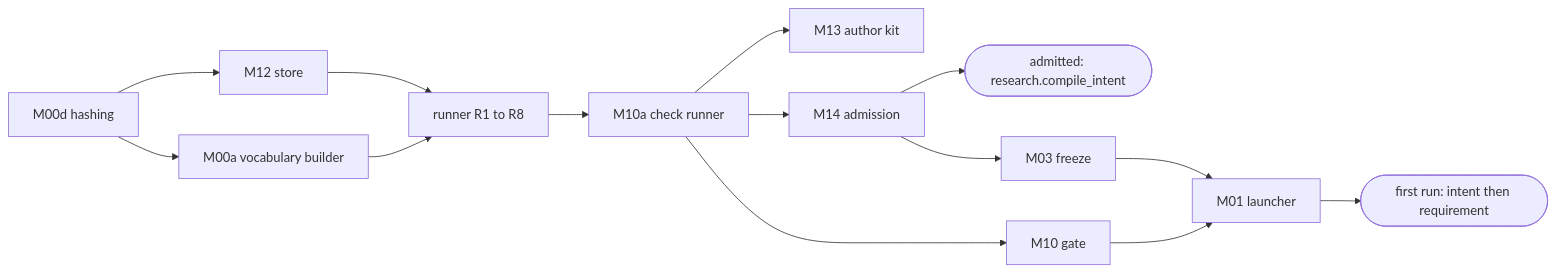
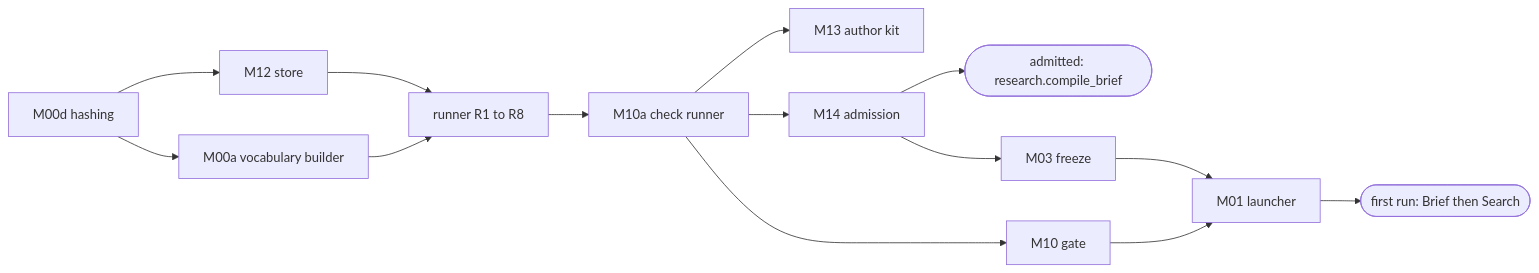
The second of 2 diagrams in docs/architecture/capsule/toolchain.md (Stellven/jiuwenswarm), drawn with Mermaid before and after one commit. The commit also changed other lines of this file and 192 other files, not shown here.

Commit message:
docs: freeze M1 sources and complete Docker architecture handoff

````diff
--- a/docs/architecture/capsule/toolchain.md
+++ b/docs/architecture/capsule/toolchain.md
@@ -269,16 +269,16 @@
 ```mermaid
 flowchart LR
     H["M00d hashing"] --> ST["M12 store"]
     H --> VB["M00a vocabulary builder"]
     ST --> RUN["runner R1 to R8"]
     VB --> RUN
     RUN --> CR["M10a check runner"]
     CR --> KIT["M13 author kit"]
     CR --> ADM["M14 admission"]
-    ADM --> T1(["admitted: research.compile_intent"])
+    ADM --> T1(["admitted: research.compile_brief"])
     ADM --> FRZ["M03 freeze"]
     CR --> GT["M10 gate"]
     FRZ --> LN["M01 launcher"]
     GT --> LN
-    LN --> T2(["first run: intent then requirement"])
+    LN --> T2(["first run: Brief then Search"])
 ```
````
